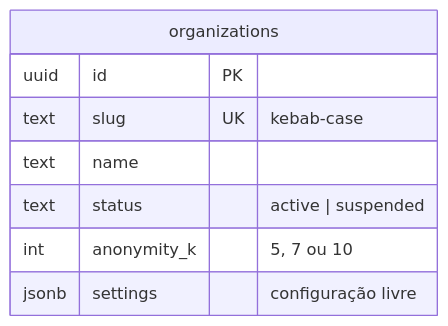
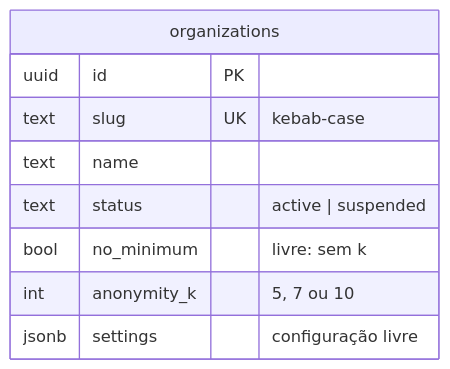
The second of 14 diagrams in docs/data-model.md (nandopandp-cloud/luumu-people), drawn with Mermaid before and after one commit. The commit also changed other lines of this file and 38 other files, not shown here.

````diff
--- a/docs/data-model.md
+++ b/docs/data-model.md
@@ -66,11 +66,12 @@
 ```mermaid
 erDiagram
   organizations {
     uuid id PK
     text slug UK "kebab-case"
     text name
     text status "active | suspended"
+    bool no_minimum "livre: sem k"
     int anonymity_k "5, 7 ou 10"
     jsonb settings "configuração livre"
   }
 ```
````
